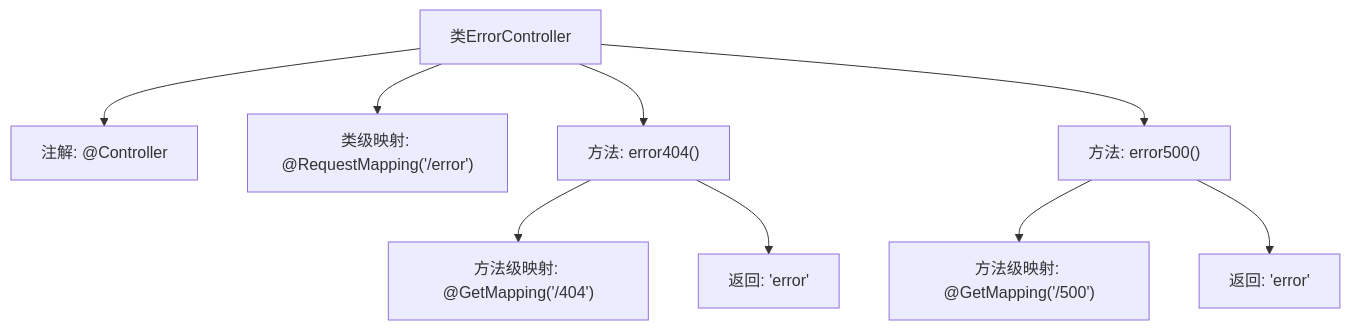
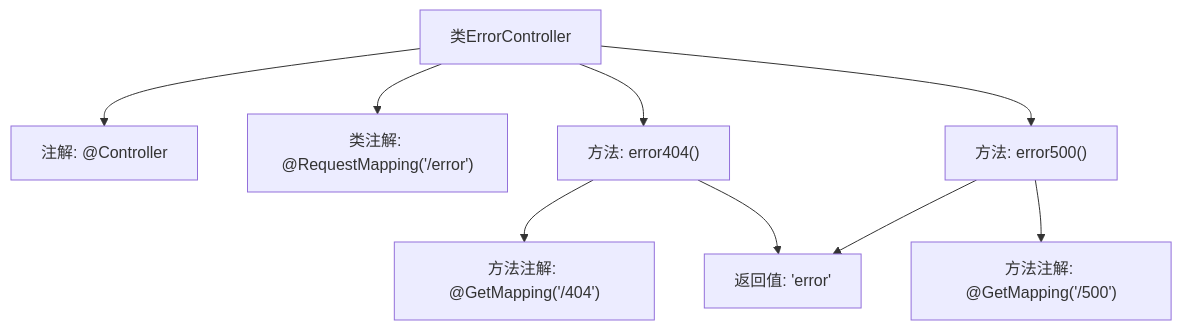
The second of 2 diagrams in docs/zh/docs/src/main/java/com/github/binarywang/demo/wx/miniapp/error/ErrorController.md (v-wjrong/rongwj666_weixin-java-miniapp-demo), drawn with Mermaid before and after one commit. The commit also changed other lines of this file and 49 other files, not shown here.

````diff
--- a/docs/zh/docs/src/main/java/com/github/binarywang/demo/wx/miniapp/error/ErrorController.md
+++ b/docs/zh/docs/src/main/java/com/github/binarywang/demo/wx/miniapp/error/ErrorController.md
@@ -57,21 +56,20 @@
 ```mermaid
 graph TD
     A["类ErrorController"]
     B["注解: @Controller"]
-    C["类级映射: @RequestMapping('/error')"]
+    C["类注解: @RequestMapping('/error')"]
     D["方法: error404()"]
-    E["方法级映射: @GetMapping('/404')"]
-    F["返回: 'error'"]
-    G["方法: error500()"]
-    H["方法级映射: @GetMapping('/500')"]
-    I["返回: 'error'"]
+    E["方法注解: @GetMapping('/404')"]
+    F["方法: error500()"]
+    G["方法注解: @GetMapping('/500')"]
+    H["返回值: 'error'"]
 
     A --> B
     A --> C
     A --> D
+    A --> F
     D --> E
-    D --> F
-    A --> G
-    G --> H
-    G --> I
+    D --> H
+    F --> G
+    F --> H
 ```
````
